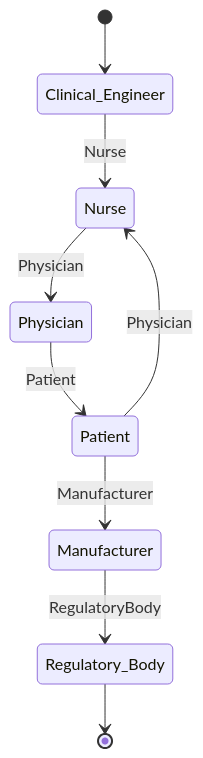
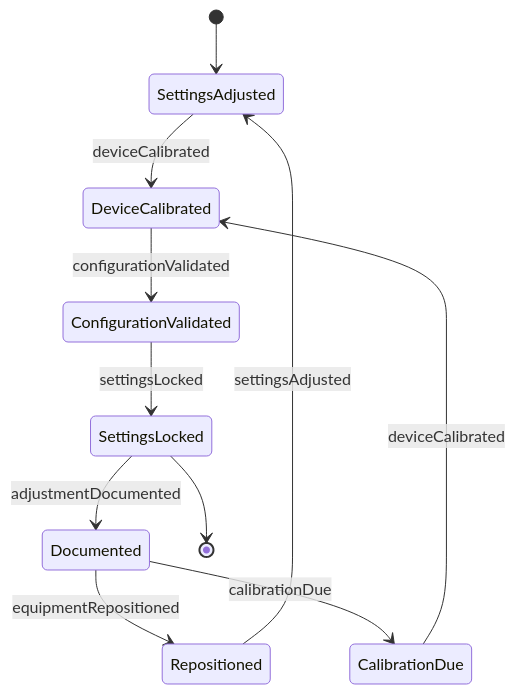
The second of 4 diagrams in HandlingAndMovingObjects/AdjustEquipmentToEnsureAdequatePerformance/AdjustSettingsPositionsMedicalEquipment.mdx (dot-org-ai/tasks.org.ai), drawn with Mermaid before and after one commit. The commit also changed other lines of this file and 40 other files, not shown here.

First line of the commit message:
fix: Replace Actor-based ER and State diagrams with Entity/Event-based diagrams in 41 HandlingAndMovingObjects DWA files

````diff
--- a/HandlingAndMovingObjects/AdjustEquipmentToEnsureAdequatePerformance/AdjustSettingsPositionsMedicalEquipment.mdx
+++ b/HandlingAndMovingObjects/AdjustEquipmentToEnsureAdequatePerformance/AdjustSettingsPositionsMedicalEquipment.mdx
@@ -102,11 +100,13 @@
 ```mermaid
 stateDiagram-v2
-    [*] --> Clinical_Engineer
-    Clinical_Engineer --> Nurse: Nurse
-    Nurse --> Physician: Physician
-    Physician --> Patient: Patient
-    Patient --> Manufacturer: Manufacturer
-    Manufacturer --> Regulatory_Body: RegulatoryBody
-    Patient --> Nurse: Physician
-    Regulatory_Body --> [*]
+    [*] --> SettingsAdjusted
+    SettingsAdjusted --> DeviceCalibrated : deviceCalibrated
+    DeviceCalibrated --> ConfigurationValidated : configurationValidated
+    ConfigurationValidated --> SettingsLocked : settingsLocked
+    SettingsLocked --> Documented : adjustmentDocumented
+    Documented --> Repositioned : equipmentRepositioned
+    Repositioned --> SettingsAdjusted : settingsAdjusted
+    Documented --> CalibrationDue : calibrationDue
+    CalibrationDue --> DeviceCalibrated : deviceCalibrated
+    SettingsLocked --> [*]
 ```
````
